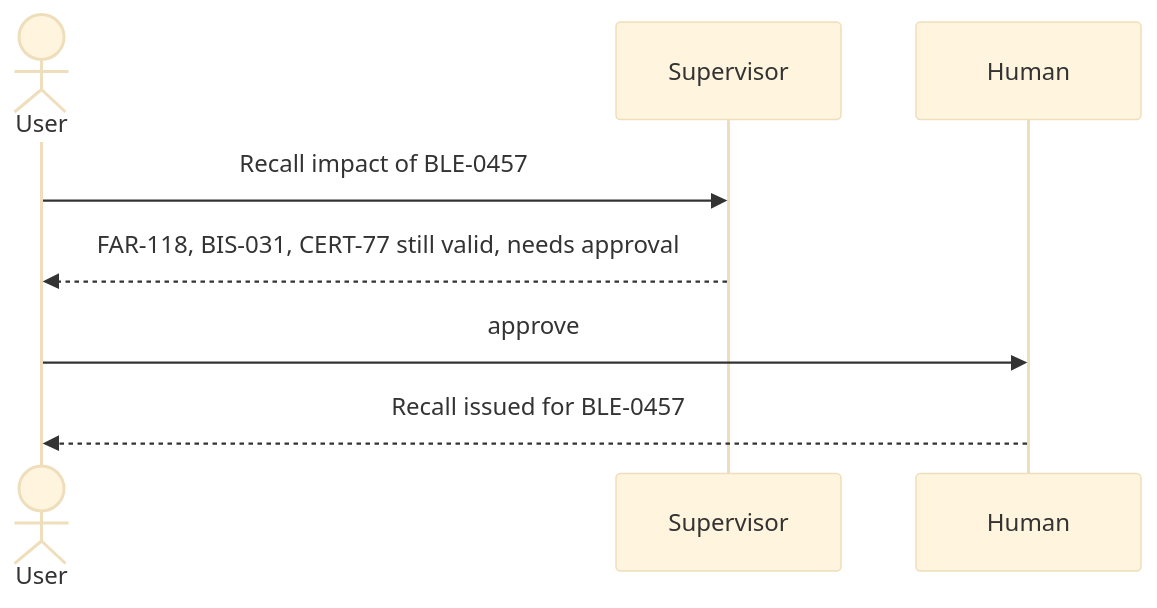
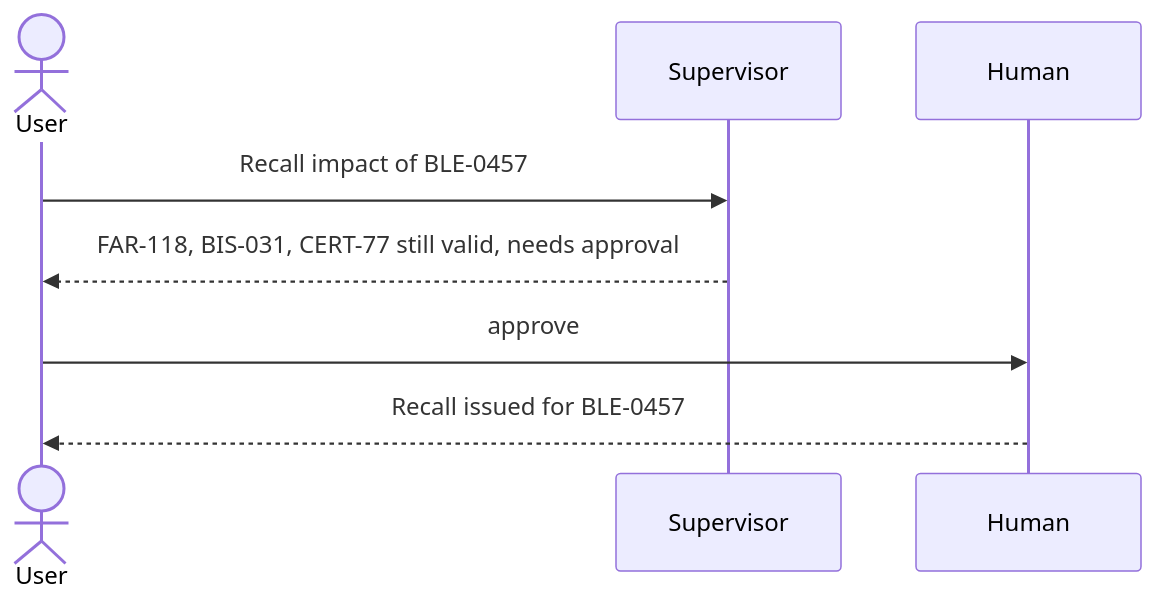
The second of 2 diagrams in docs/architecture.md (MourabitElBachir/traceability-graph-agents), drawn with Mermaid before and after one commit. The commit also changed other lines of this file and 19 other files, not shown here.

Commit message:
docs: fix Mermaid rendering, add French README and data walkthrough (#2)

````diff
--- a/docs/architecture.md
+++ b/docs/architecture.md
@@ -44,11 +43,10 @@
 ```mermaid
-%%{init: {'theme': 'base', 'themeVariables': {'fontFamily': 'Georgia, serif'}}}%%
 sequenceDiagram
   actor User
   participant Supervisor
   participant Human
   User->>Supervisor: Recall impact of BLE-0457
   Supervisor-->>User: FAR-118, BIS-031, CERT-77 still valid, needs approval
   User->>Human: approve
   Human-->>User: Recall issued for BLE-0457
 ```
````
